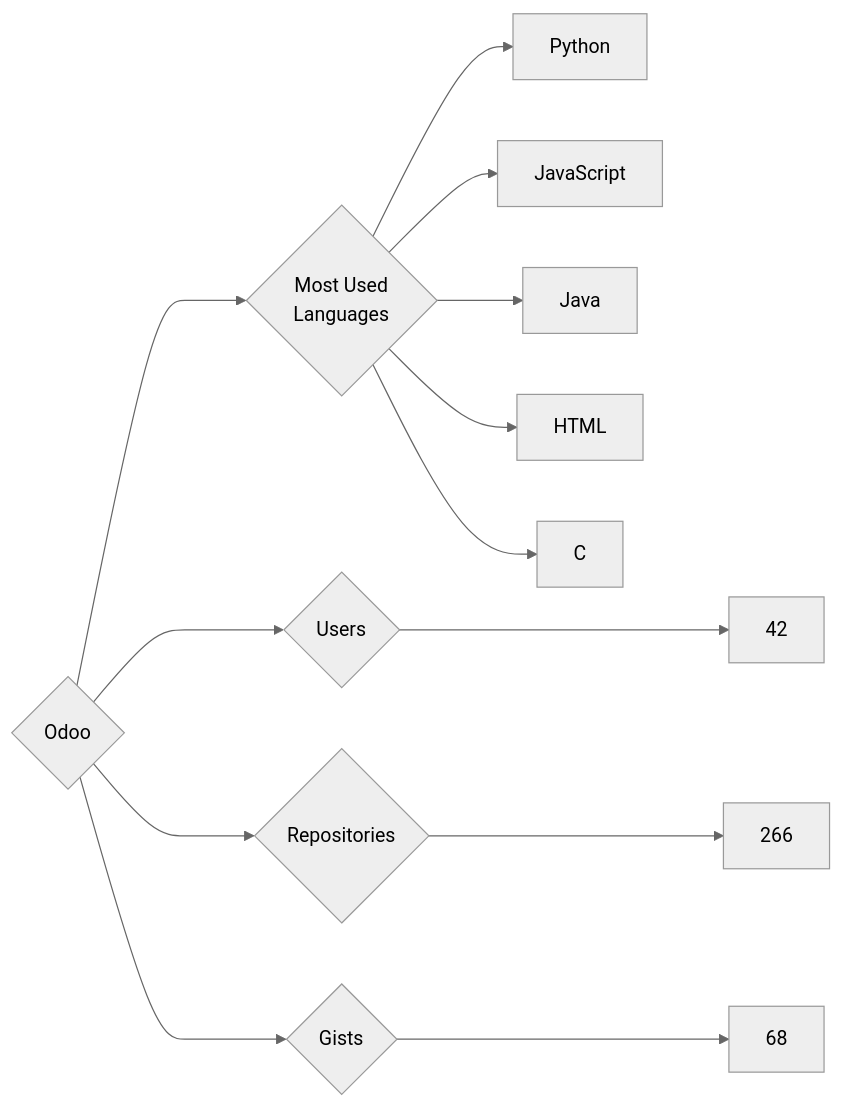
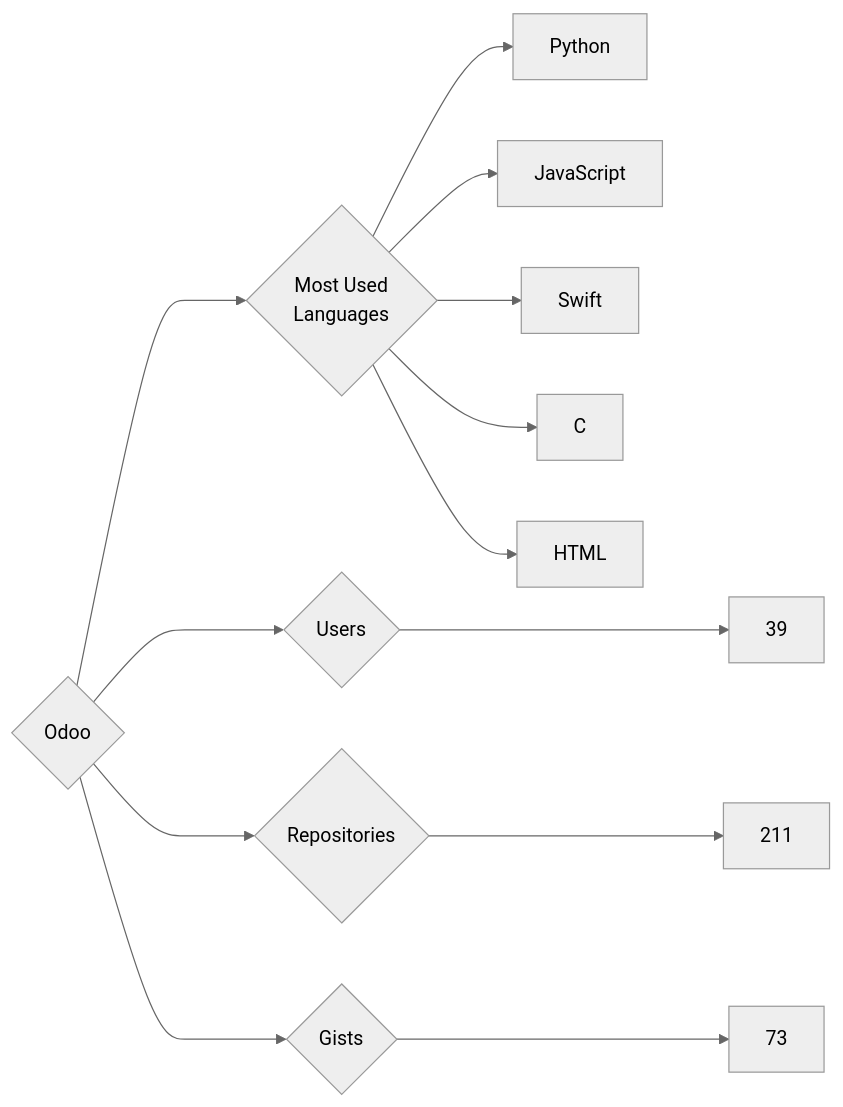
The diagram in targets/Odoo/README.md (trickest/insiders), drawn with Mermaid (neutral theme) before and after one commit. The commit also changed 948 other files, not shown here.

````diff
--- a/targets/Odoo/README.md
+++ b/targets/Odoo/README.md
@@ -3,13 +3,13 @@
 ```mermaid
 graph LR
 COMPANY_NAME{Odoo}
-COMPANY_NAME ---> U{Users} ---> UN[42]
-COMPANY_NAME ---> R{Repositories} ---> RN[266]
-COMPANY_NAME ---> G{Gists} ---> GN[68]
+COMPANY_NAME ---> U{Users} ---> UN[39]
+COMPANY_NAME ---> R{Repositories} ---> RN[211]
+COMPANY_NAME ---> G{Gists} ---> GN[73]
 COMPANY_NAME ---> ML{Most Used<br>Languages}
 ML --> Python[Python]
 ML --> JavaScript[JavaScript]
-ML --> Java[Java]
+ML --> Swift[Swift]
+ML --> C[C]
 ML --> HTML[HTML]
-ML --> C[C]
 ```
````
